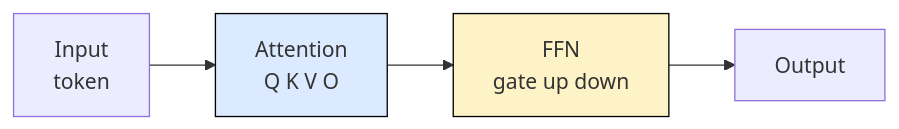
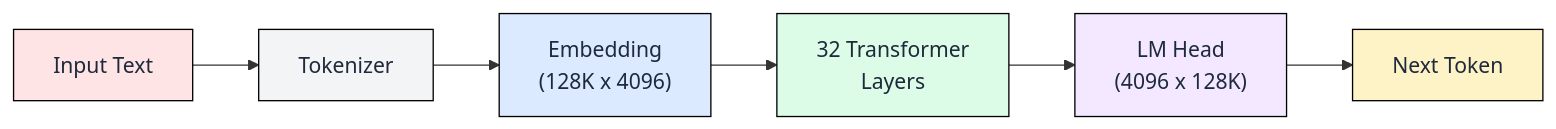
Before and after one commit to harshuljain13/llm-inference-at-scale: the second of 13 diagrams in workshop/SLIDES.md, drawn with Mermaid. The commit also changed other lines of this file and 8 other files, not shown here.

````diff
--- a/workshop/SLIDES.md
+++ b/workshop/SLIDES.md
@@ -95,8 +115,15 @@
 ```mermaid
 flowchart LR
-    A[Input<br>token] --> B[Attention<br>Q K V O]
-    B --> C[FFN<br>gate up down]
-    C --> D[Output]
-    style B fill:#dbeafe,stroke:#000
-    style C fill:#fef3c7,stroke:#000
+    A["Input Text"] --> B["Tokenizer"]
+    B --> C["Embedding<br/>(128K x 4096)"]
+    C --> D["32 Transformer<br/>Layers"]
+    D --> E["LM Head<br/>(4096 x 128K)"]
+    E --> F["Next Token"]
+
+    style A fill:#ffe4e6,stroke:#000,color:#1e293b
+    style B fill:#f3f4f6,stroke:#000,color:#1e293b
+    style C fill:#dbeafe,stroke:#000,color:#1e293b
+    style D fill:#dcfce7,stroke:#000,color:#1e293b
+    style E fill:#f3e8ff,stroke:#000,color:#1e293b
+    style F fill:#fef3c7,stroke:#000,color:#1e293b
 ```
````
